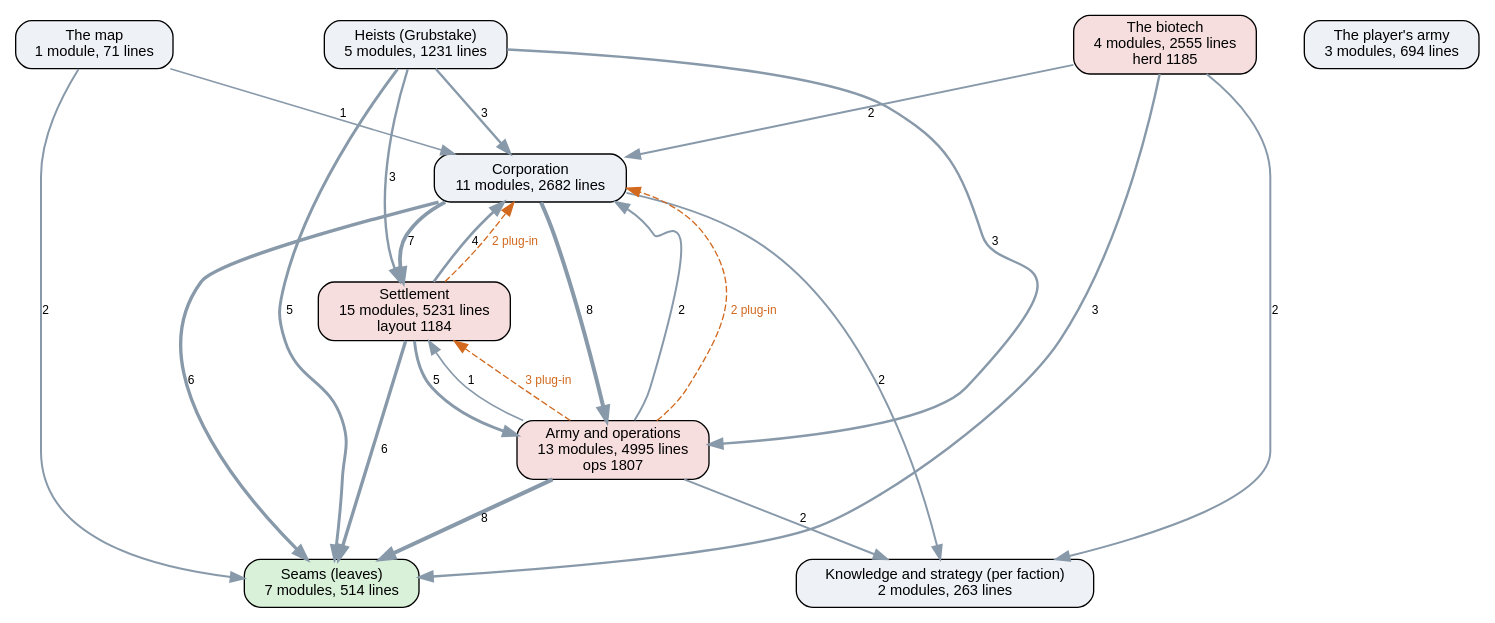
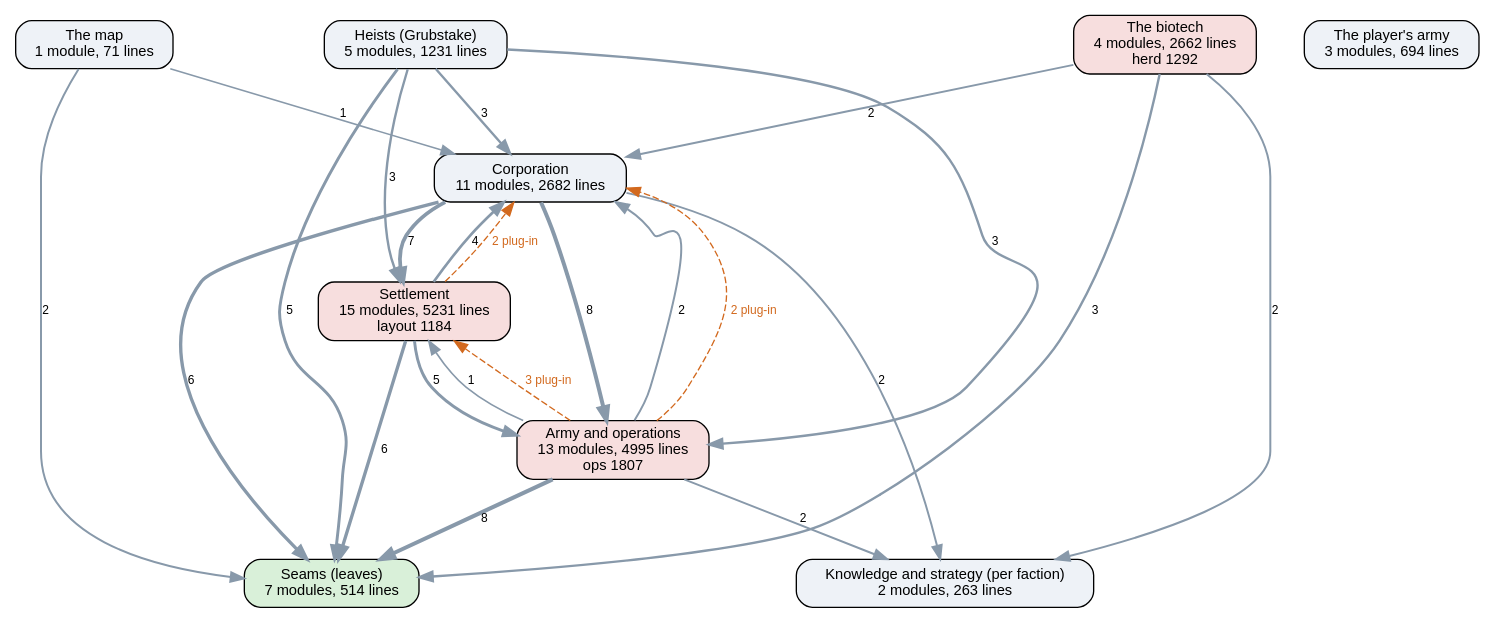
Before and after one commit to kinelhu/landing-party: the diagram in docs/ai-layers.dot, drawn with Graphviz. The commit also changed 13 other files, not shown here.

```diff
--- a/docs/ai-layers.dot
+++ b/docs/ai-layers.dot
@@ -1,37 +1,37 @@
 digraph layers {
   graph [rankdir=TB, fontname="Helvetica", nodesep=0.5, ranksep=0.7];
   node [shape=box, style="rounded,filled", fontname="Helvetica", fontsize=11, fillcolor="#eef2f7"];
   edge [color="#8899aa", fontname="Helvetica", fontsize=9];
   "Seams (leaves)" [label="Seams (leaves)\n7 modules, 514 lines", fillcolor="#d9f0d9"];
   "Knowledge and strategy (per faction)" [label="Knowledge and strategy (per faction)\n2 modules, 263 lines", fillcolor="#eef2f7"];
   "Corporation" [label="Corporation\n11 modules, 2682 lines", fillcolor="#eef2f7"];
   "Settlement" [label="Settlement\n15 modules, 5231 lines\nlayout 1184", fillcolor="#f7dede"];
   "Army and operations" [label="Army and operations\n13 modules, 4995 lines\nops 1807", fillcolor="#f7dede"];
   "Heists (Grubstake)" [label="Heists (Grubstake)\n5 modules, 1231 lines", fillcolor="#eef2f7"];
-  "The biotech" [label="The biotech\n4 modules, 2555 lines\nherd 1185", fillcolor="#f7dede"];
+  "The biotech" [label="The biotech\n4 modules, 2662 lines\nherd 1292", fillcolor="#f7dede"];
   "The map" [label="The map\n1 module, 71 lines", fillcolor="#eef2f7"];
   "The player's army" [label="The player's army\n3 modules, 694 lines", fillcolor="#eef2f7"];
   "Army and operations" -> "Corporation" [label="2", penwidth=1.5];
   "Army and operations" -> "Knowledge and strategy (per faction)" [label="2", penwidth=1.5];
   "Army and operations" -> "Seams (leaves)" [label="8", penwidth=3.0];
   "Army and operations" -> "Settlement" [label="1", penwidth=1.2];
   "Corporation" -> "Army and operations" [label="8", penwidth=3.0];
   "Corporation" -> "Knowledge and strategy (per faction)" [label="2", penwidth=1.5];
   "Corporation" -> "Seams (leaves)" [label="6", penwidth=2.5];
   "Corporation" -> "Settlement" [label="7", penwidth=2.8];
   "Heists (Grubstake)" -> "Army and operations" [label="3", penwidth=1.8];
   "Heists (Grubstake)" -> "Corporation" [label="3", penwidth=1.8];
   "Heists (Grubstake)" -> "Seams (leaves)" [label="5", penwidth=2.2];
   "Heists (Grubstake)" -> "Settlement" [label="3", penwidth=1.8];
   "Settlement" -> "Army and operations" [label="5", penwidth=2.2];
   "Settlement" -> "Corporation" [label="4", penwidth=2.0];
   "Settlement" -> "Seams (leaves)" [label="6", penwidth=2.5];
   "The biotech" -> "Corporation" [label="2", penwidth=1.5];
   "The biotech" -> "Knowledge and strategy (per faction)" [label="2", penwidth=1.5];
   "The biotech" -> "Seams (leaves)" [label="3", penwidth=1.8];
   "The map" -> "Corporation" [label="1", penwidth=1.2];
   "The map" -> "Seams (leaves)" [label="2", penwidth=1.5];
   "Army and operations" -> "Corporation" [style=dashed, color="#d2691e", fontcolor="#d2691e", label="2 plug-in"];
   "Army and operations" -> "Settlement" [style=dashed, color="#d2691e", fontcolor="#d2691e", label="3 plug-in"];
   "Settlement" -> "Corporation" [style=dashed, color="#d2691e", fontcolor="#d2691e", label="2 plug-in"];
 }
```
